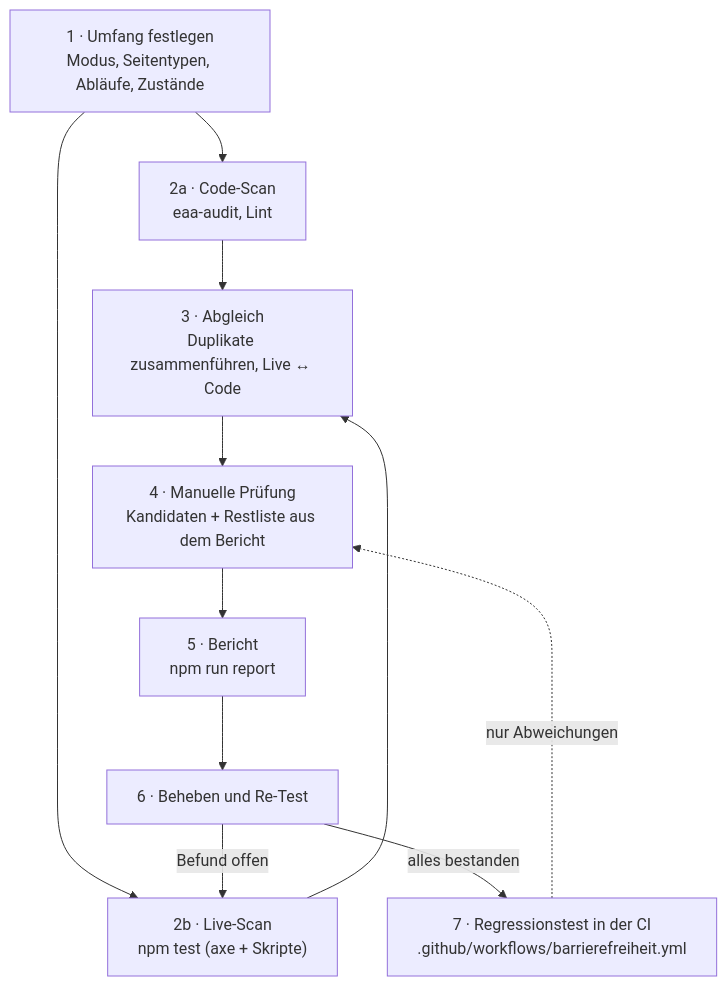
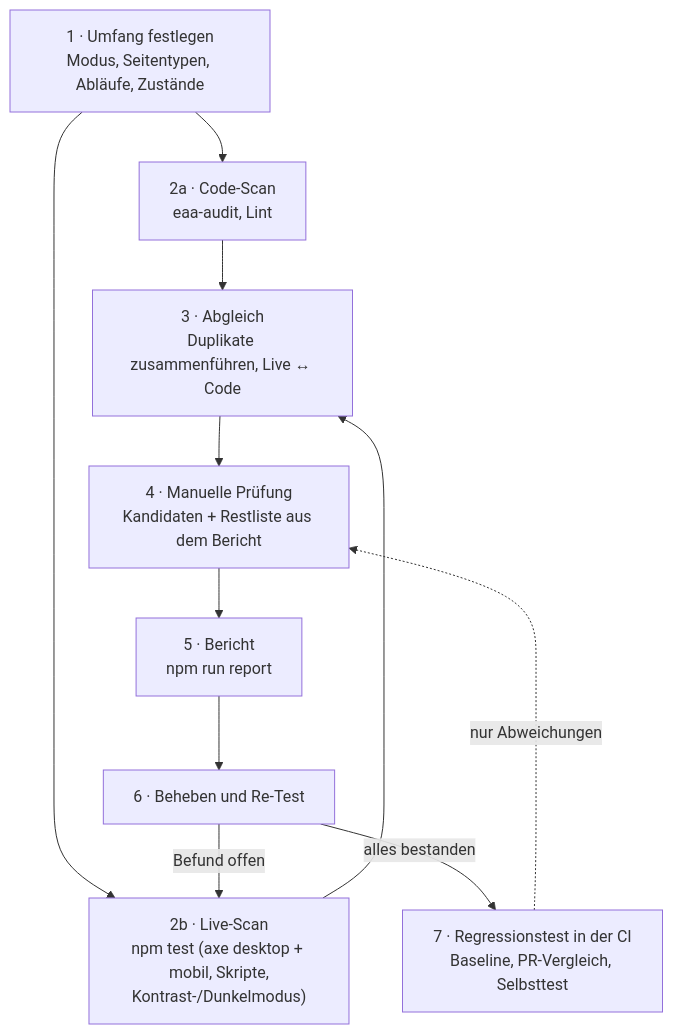
Before and after one commit to seb-nsu/Accessibility: the diagram in docs/konzept.md, drawn with Mermaid. The commit also changed other lines of this file and 1 other file, not shown here.

````diff
--- a/docs/konzept.md
+++ b/docs/konzept.md
@@ -34,15 +34,15 @@
 ```mermaid
 flowchart TD
   P1["1 · Umfang festlegen<br/>Modus, Seitentypen, Abläufe, Zustände"]
   P2a["2a · Code-Scan<br/>eaa-audit, Lint"]
-  P2b["2b · Live-Scan<br/>npm test (axe + Skripte)"]
+  P2b["2b · Live-Scan<br/>npm test (axe desktop + mobil, Skripte,<br/>Kontrast-/Dunkelmodus)"]
   P3["3 · Abgleich<br/>Duplikate zusammenführen, Live ↔ Code"]
   P4["4 · Manuelle Prüfung<br/>Kandidaten + Restliste aus dem Bericht"]
   P5["5 · Bericht<br/>npm run report"]
   P6["6 · Beheben und Re-Test"]
-  P7["7 · Regressionstest in der CI<br/>.github/workflows/barrierefreiheit.yml"]
+  P7["7 · Regressionstest in der CI<br/>Baseline, PR-Vergleich, Selbsttest"]
   P1 --> P2a & P2b --> P3 --> P4 --> P5 --> P6
   P6 -- Befund offen --> P2b
   P6 -- alles bestanden --> P7
   P7 -. nur Abweichungen .-> P4
 ```
````
